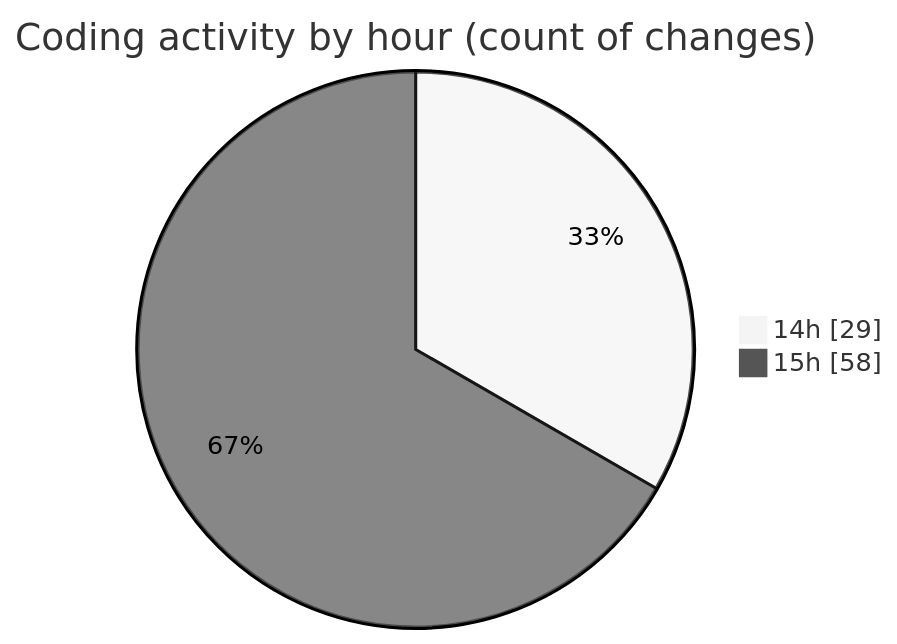
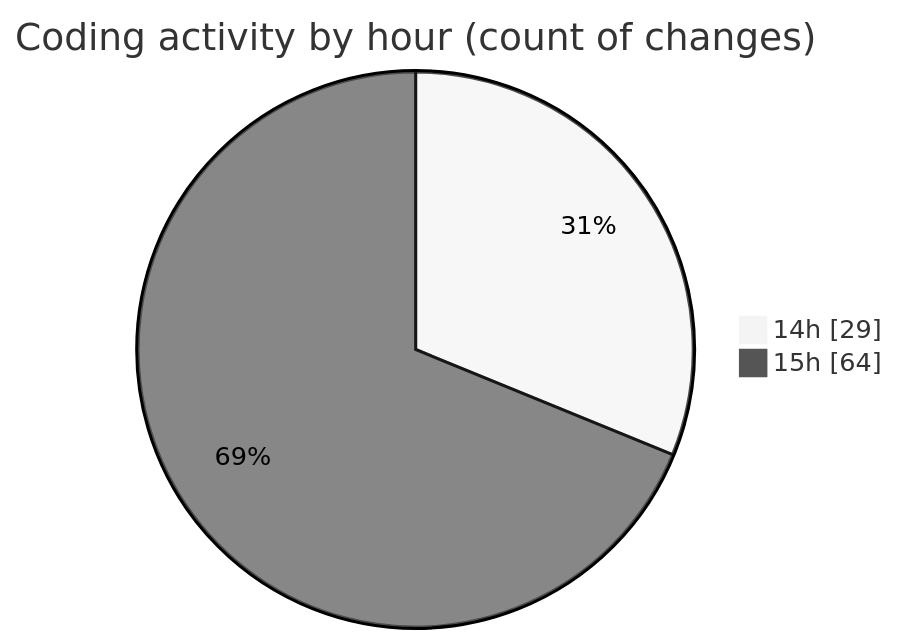
Before and after one commit to CELIANVF/code-tracking: the second of 2 diagrams in 2025-06-05/ecodeli-1/README.md, drawn with Mermaid (neutral theme). The commit also changed other lines of this file and 1 other file, not shown here.

````diff
--- a/2025-06-05/ecodeli-1/README.md
+++ b/2025-06-05/ecodeli-1/README.md
@@ -62,6 +62,6 @@
 ```mermaid
 pie showData
 title Coding activity by hour (count of changes)
 "14h" : 29
-"15h" : 58
+"15h" : 64
 ```
````
